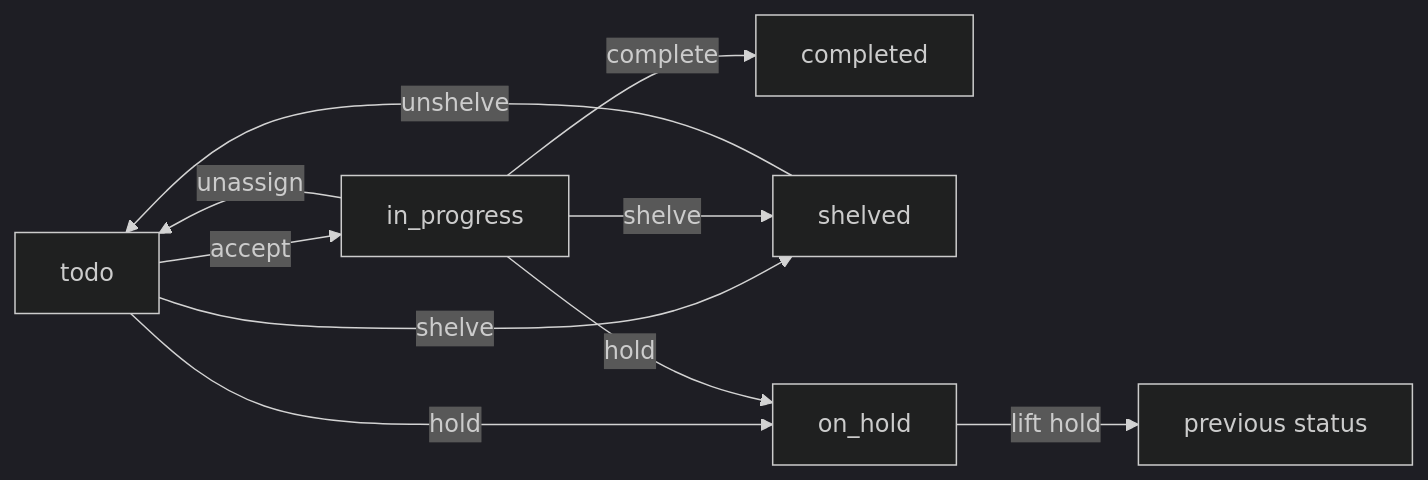
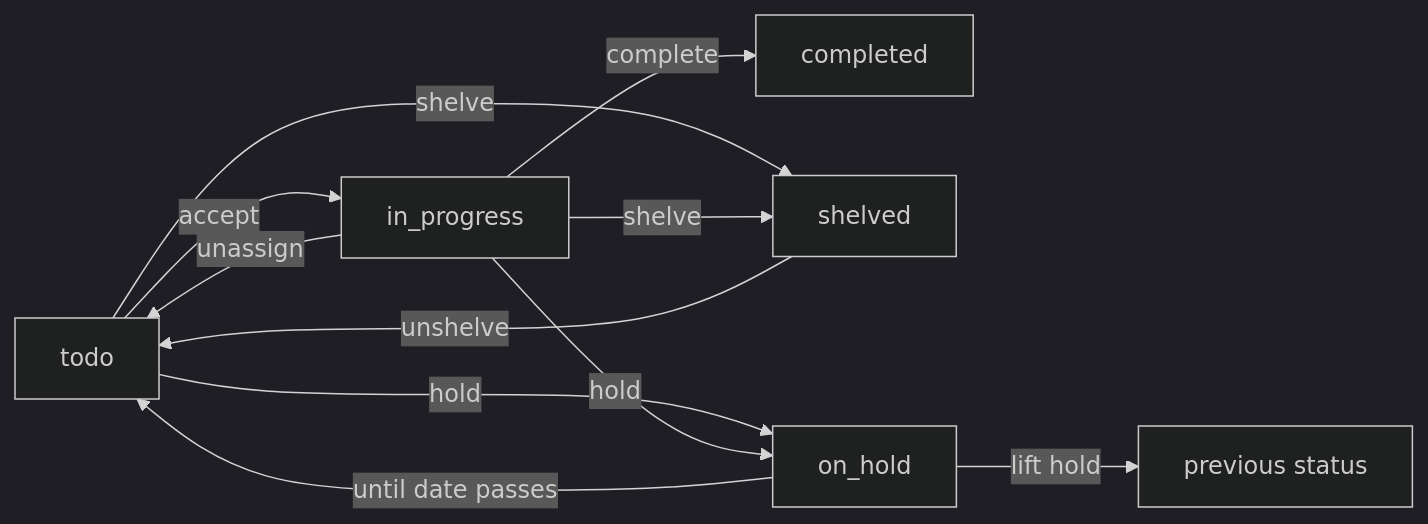
One commit to alepha-dev/alepha changed the diagram in lore/docs/3-plan/1-quests.md. Above: the diagram before and after it, drawn with Mermaid (dark theme). The commit also changed other lines of this file and 23 other files, not shown here.

Commit message:
feat(lore/quests): a quest can be held until a date, and the hourly sweep lifts the hold on the day, back to To do with a line in its discussion #Q4408

````diff
--- a/lore/docs/3-plan/1-quests.md
+++ b/lore/docs/3-plan/1-quests.md
@@ -126,12 +126,13 @@
 ```mermaid
 flowchart LR
   todo -->|accept| in_progress
   in_progress -->|complete| completed
   in_progress -->|unassign| todo
   todo -->|shelve| shelved
   in_progress -->|shelve| shelved
   shelved -->|unshelve| todo
   todo -->|hold| on_hold
   in_progress -->|hold| on_hold
   on_hold -->|lift hold| back[previous status]
+  on_hold -->|until date passes| todo
 ```
````
